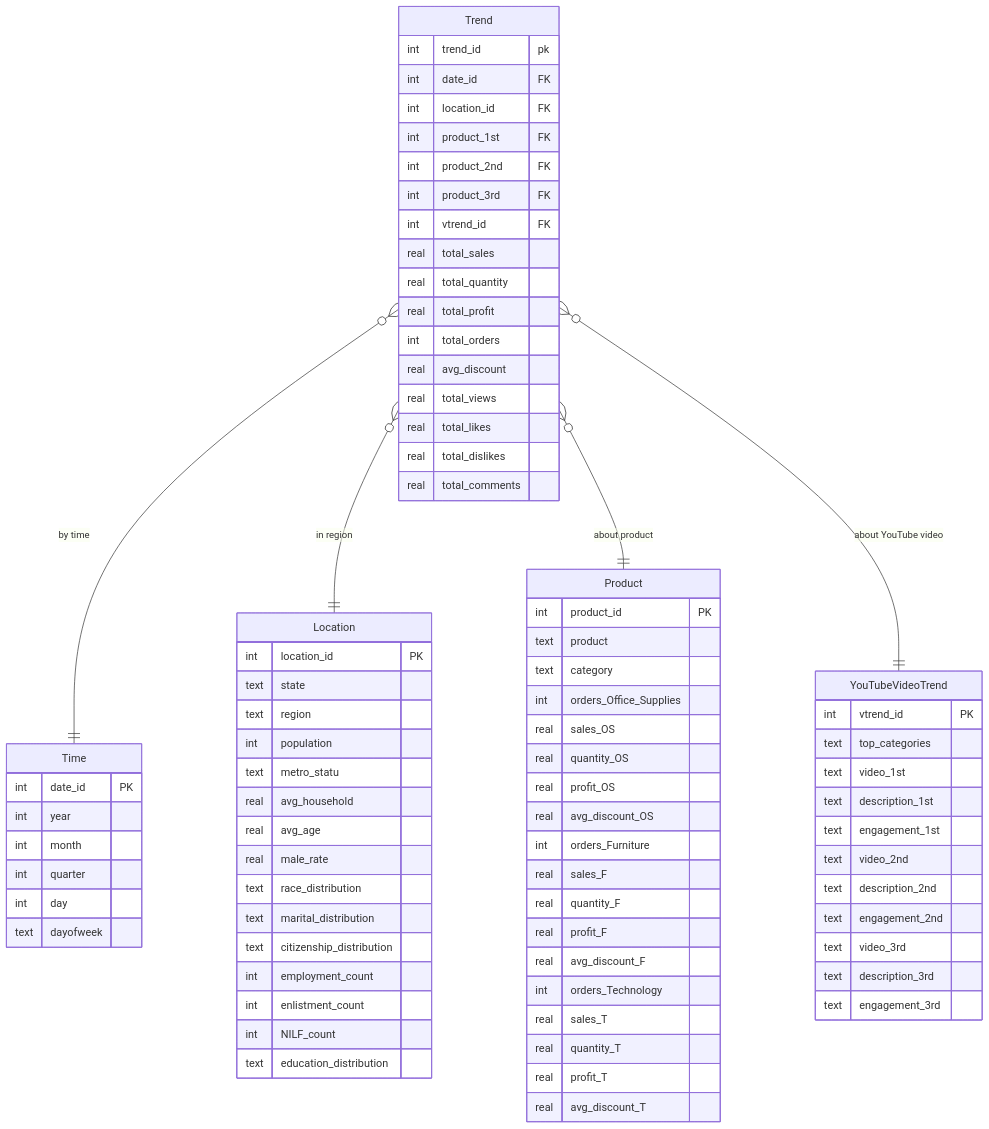
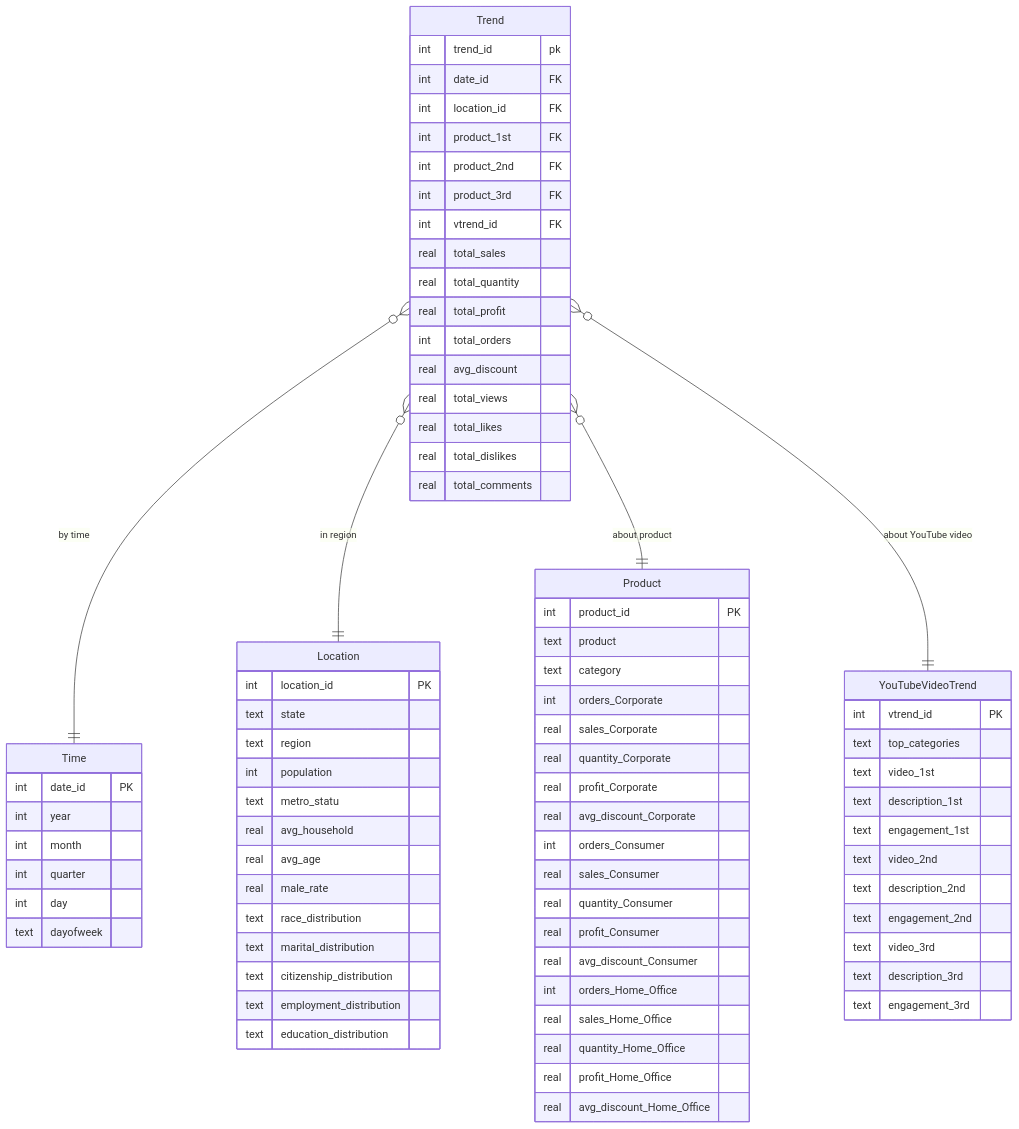
The diagram in ERD/trend.mmd (gxcuimax/BUSINFO702-2025Q3-Project-group-1), drawn with Mermaid before and after one commit. The commit also changed 42 other files, not shown here.

```diff
--- a/ERD/trend.mmd
+++ b/ERD/trend.mmd
@@ -1,87 +1,85 @@
 erDiagram
     Trend {
         int trend_id pk
         int date_id FK
         int location_id FK
         int product_1st FK
         int product_2nd FK
         int product_3rd FK
         int vtrend_id FK
         real total_sales
         real total_quantity
         real total_profit
         int total_orders
         real avg_discount
         real total_views
         real total_likes
         real total_dislikes
         real total_comments
     }
 
     Time {
         int date_id PK
         int year
         int month
         int quarter
         int day
         text dayofweek
     }
 
     Location {
         int location_id PK
         text state
         text region
         int population
         text metro_statu
         real avg_household
         real avg_age
         real male_rate
         text race_distribution
         text marital_distribution
         text citizenship_distribution
-        int employment_count
-        int enlistment_count
-        int NILF_count
+        text employment_distribution
         text education_distribution
     }
 
     Product {
         int product_id PK
         text product
         text category
-        int orders_Office_Supplies
-        real sales_OS
-        real quantity_OS
-        real profit_OS
-        real avg_discount_OS
-        int orders_Furniture
-        real sales_F
-        real quantity_F
-        real profit_F
-        real avg_discount_F
-        int orders_Technology
-        real sales_T
-        real quantity_T
-        real profit_T
-        real avg_discount_T
+        int orders_Corporate
+        real sales_Corporate
+        real quantity_Corporate
+        real profit_Corporate
+        real avg_discount_Corporate
+        int orders_Consumer
+        real sales_Consumer
+        real quantity_Consumer
+        real profit_Consumer
+        real avg_discount_Consumer
+        int orders_Home_Office
+        real sales_Home_Office
+        real quantity_Home_Office
+        real profit_Home_Office
+        real avg_discount_Home_Office
     }
 
     YouTubeVideoTrend {
         int vtrend_id PK
         text top_categories
         text video_1st
         text description_1st
         text engagement_1st
         text video_2nd
         text description_2nd
         text engagement_2nd
         text video_3rd
         text description_3rd
         text engagement_3rd
     }
 
 
     Trend }o--|| Time : "by time"
     Trend }o--|| Location : "in region"
     Trend }o--|| Product : "about product"
     Trend }o--|| YouTubeVideoTrend : "about YouTube video"
```
